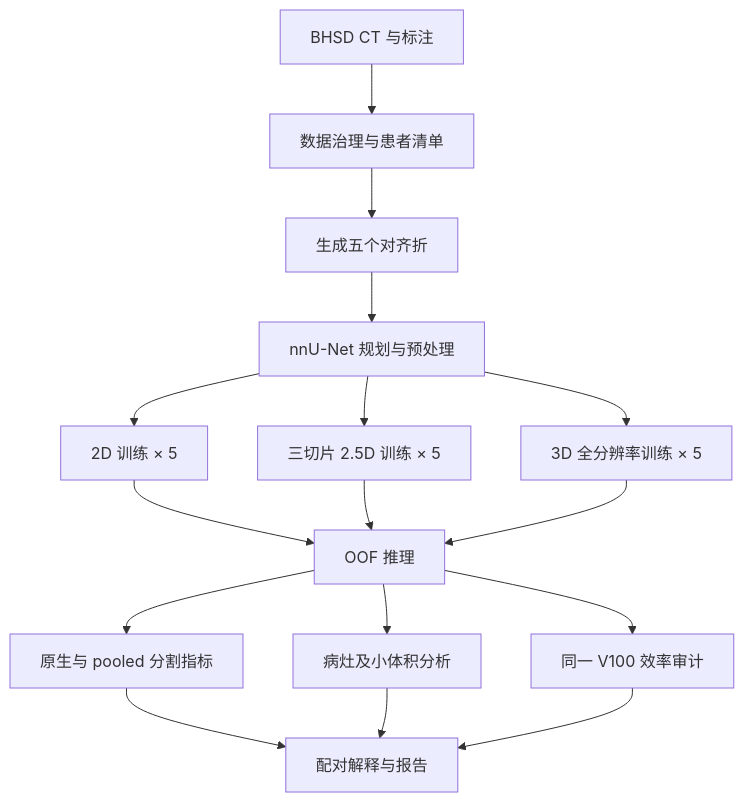
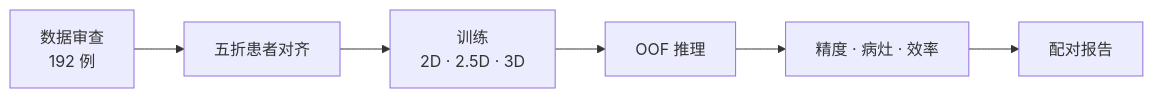
Before and after one commit to Kandasorat/Kandasorat: the first of 2 diagrams in projects/ich-segmentation.zh-CN.md, drawn with Mermaid. The commit also changed 9 other files, not shown here.

Commit message:
docs: compact project workflow diagrams

````diff
--- a/projects/ich-segmentation.zh-CN.md
+++ b/projects/ich-segmentation.zh-CN.md
@@ -20,18 +20,8 @@
 ```mermaid
-flowchart TD
-    A[BHSD CT 与标注] --> B[数据治理与患者清单]
-    B --> C[生成五个对齐折]
-    C --> D[nnU-Net 规划与预处理]
-    D --> E1[2D 训练 × 5]
-    D --> E2[三切片 2.5D 训练 × 5]
-    D --> E3[3D 全分辨率训练 × 5]
-    E1 --> F[OOF 推理]
-    E2 --> F
-    E3 --> F
-    F --> G[原生与 pooled 分割指标]
-    F --> H[病灶及小体积分析]
-    F --> I[同一 V100 效率审计]
-    G --> J[配对解释与报告]
-    H --> J
-    I --> J
+flowchart LR
+    A[数据审查<br/>192 例] --> B[五折患者对齐]
+    B --> C[训练<br/>2D · 2.5D · 3D]
+    C --> D[OOF 推理]
+    D --> E[精度 · 病灶 · 效率]
+    E --> F[配对报告]
 ```
````
